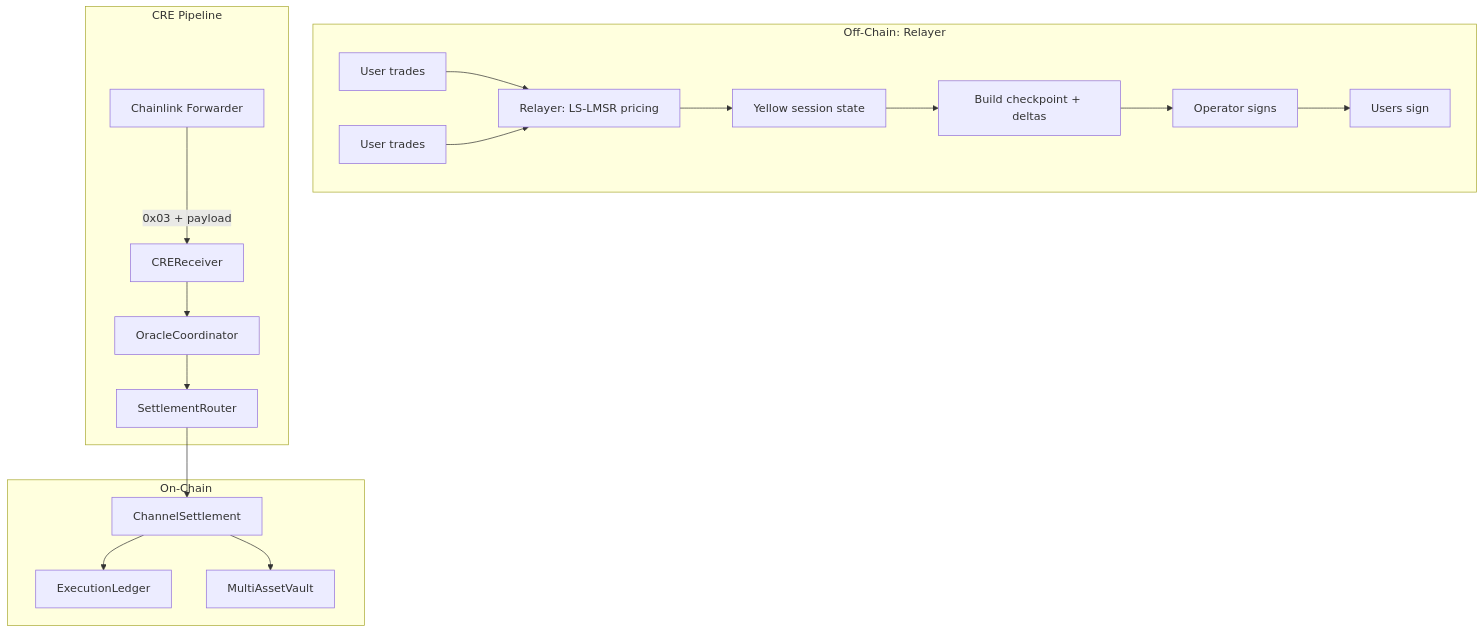
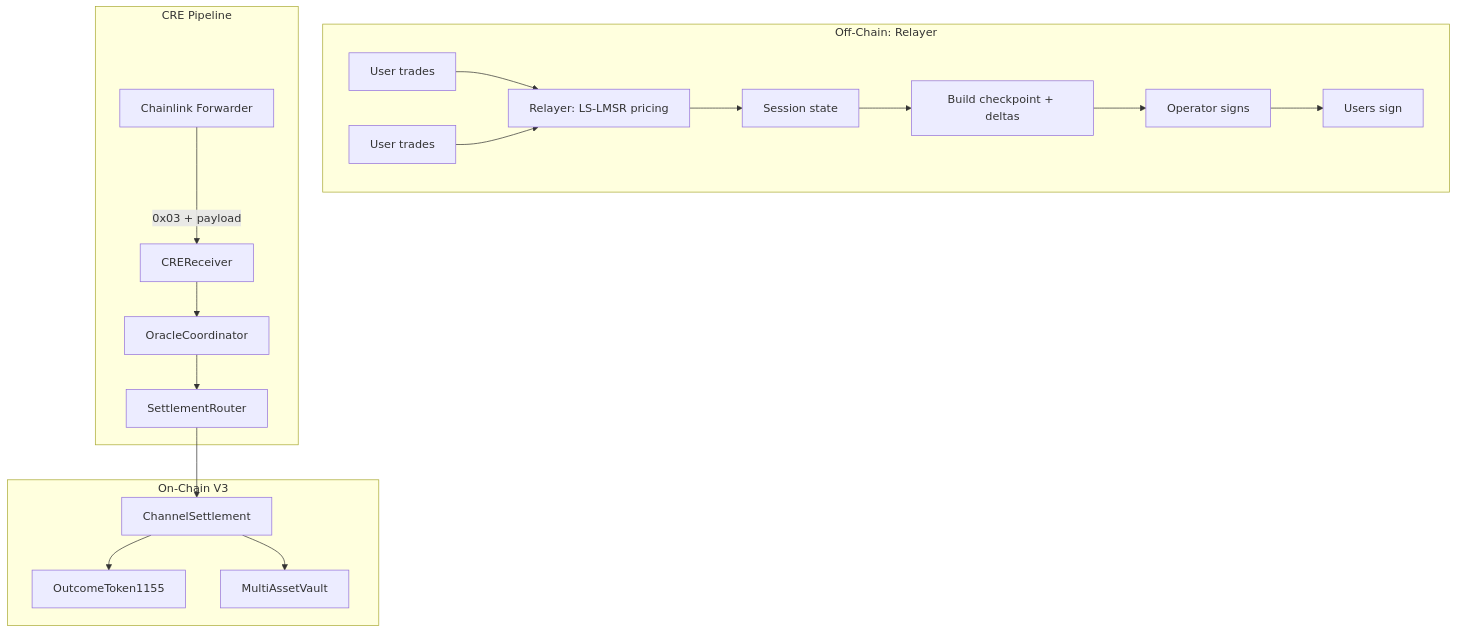
One commit to mAsyamJ/ShadowPool changed the diagram in docs/abi/docs/relayer/RelayerOverview.md. Above: the diagram before and after it, drawn with Mermaid. The commit also changed other lines of this file and 94 other files, not shown here.

````diff
--- a/docs/abi/docs/relayer/RelayerOverview.md
+++ b/docs/abi/docs/relayer/RelayerOverview.md
@@ -70,31 +61,32 @@
 ```mermaid
 flowchart TB
     subgraph offchain [Off-Chain: Relayer]
         U1[User trades]
         U2[User trades]
         REL[Relayer: LS-LMSR pricing]
-        SESSION[Yellow session state]
+        SESSION[Session state]
         CP[Build checkpoint + deltas]
         OP[Operator signs]
         USERS[Users sign]
     end
 
     subgraph cre [CRE Pipeline]
         FWD[Chainlink Forwarder]
         CR[CREReceiver]
         OC[OracleCoordinator]
         SR[SettlementRouter]
     end
 
-    subgraph onchain [On-Chain]
+    subgraph onchain [On-Chain V3]
         CS[ChannelSettlement]
-        EL[ExecutionLedger]
+        OT[OutcomeToken1155]
         MAV[MultiAssetVault]
     end
 
     U1 --> REL
     U2 --> REL
     REL --> SESSION --> CP --> OP --> USERS
-    FWD -->|0x03 + payload| CR --> OC --> SR --> CS --> EL
+    FWD -->|0x03 + payload| CR --> OC --> SR --> CS
+    CS --> OT
     CS --> MAV
 ```
````
